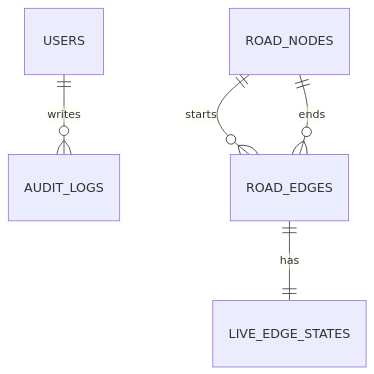
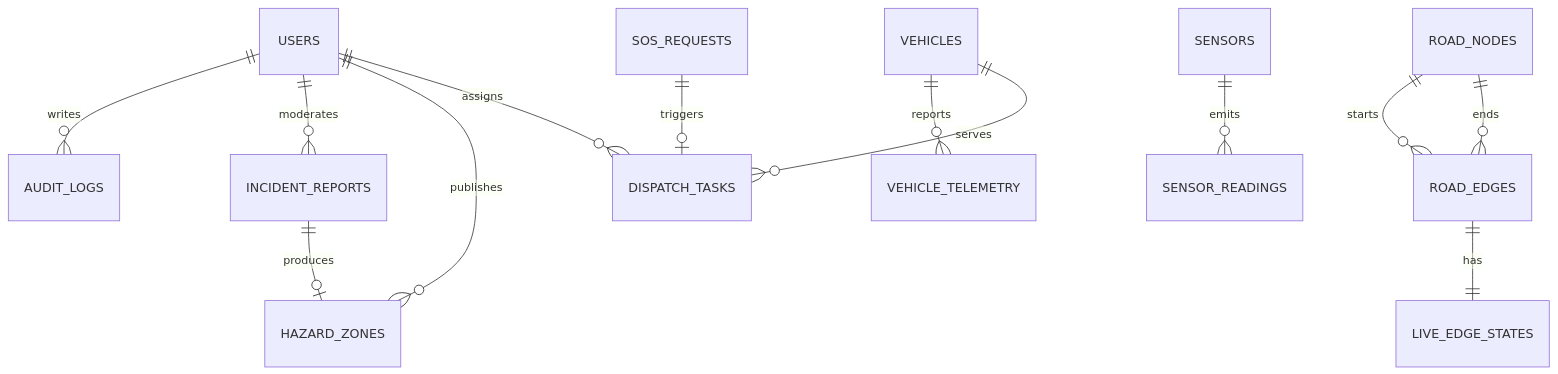
Before and after one commit to siahray/MetroFlow: the diagram in docs/TSD.md, drawn with Mermaid. The commit also changed other lines of this file and 14 other files, not shown here.

````diff
--- a/docs/TSD.md
+++ b/docs/TSD.md
@@ -330,7 +681,15 @@
 ```mermaid
 erDiagram
     USERS ||--o{ AUDIT_LOGS : writes
+    USERS ||--o{ INCIDENT_REPORTS : moderates
+    USERS ||--o{ HAZARD_ZONES : publishes
+    USERS ||--o{ DISPATCH_TASKS : assigns
+    INCIDENT_REPORTS ||--o| HAZARD_ZONES : produces
     ROAD_NODES ||--o{ ROAD_EDGES : starts
     ROAD_NODES ||--o{ ROAD_EDGES : ends
     ROAD_EDGES ||--|| LIVE_EDGE_STATES : has
+    VEHICLES ||--o{ VEHICLE_TELEMETRY : reports
+    VEHICLES ||--o{ DISPATCH_TASKS : serves
+    SOS_REQUESTS ||--o| DISPATCH_TASKS : triggers
+    SENSORS ||--o{ SENSOR_READINGS : emits
 ```
````
